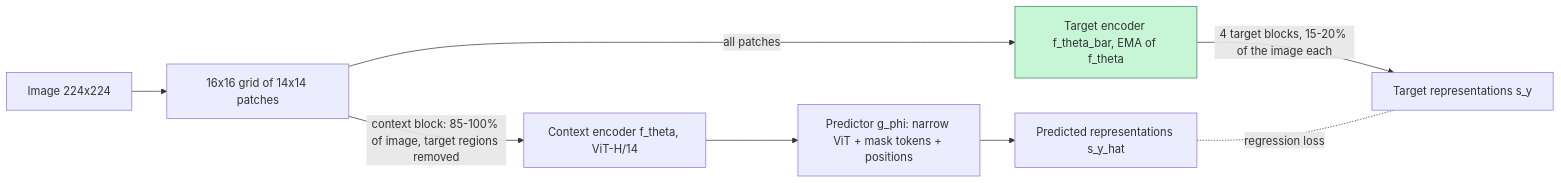
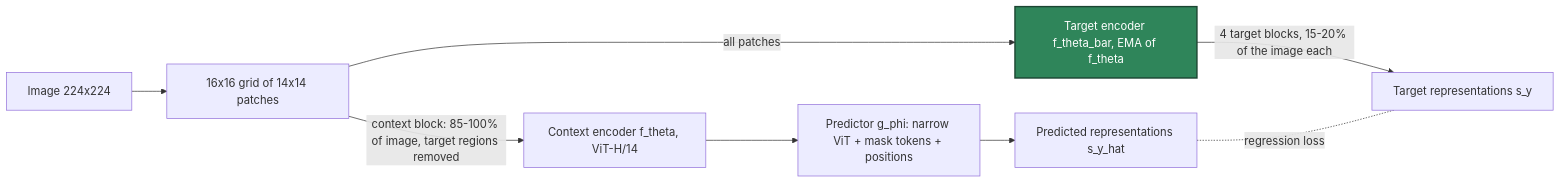
The second of 2 diagrams in README.md (harishnr93/jepa-slam), drawn with Mermaid before and after one commit. The commit also changed other lines of this file, not shown here.

````diff
--- a/README.md
+++ b/README.md
@@ -522,11 +516,12 @@
 ```mermaid
 flowchart LR
     X[Image 224x224] --> P[16x16 grid of 14x14 patches]
     P -->|context block: 85-100% of image, target regions removed| CE[Context encoder f_theta, ViT-H/14]
     P -->|all patches| TE[Target encoder f_theta_bar, EMA of f_theta]
     TE -->|4 target blocks, 15-20% of the image each| T[Target representations s_y]
     CE --> PR[Predictor g_phi: narrow ViT + mask tokens + positions]
     PR --> SH[Predicted representations s_y_hat]
     SH -. regression loss .- T
-    style TE fill:#c6f6d5,stroke:#2f855a
+    classDef done fill:#2f855a,stroke:#1c4532,color:#ffffff,stroke-width:2px
+    class TE done
 ```
````
